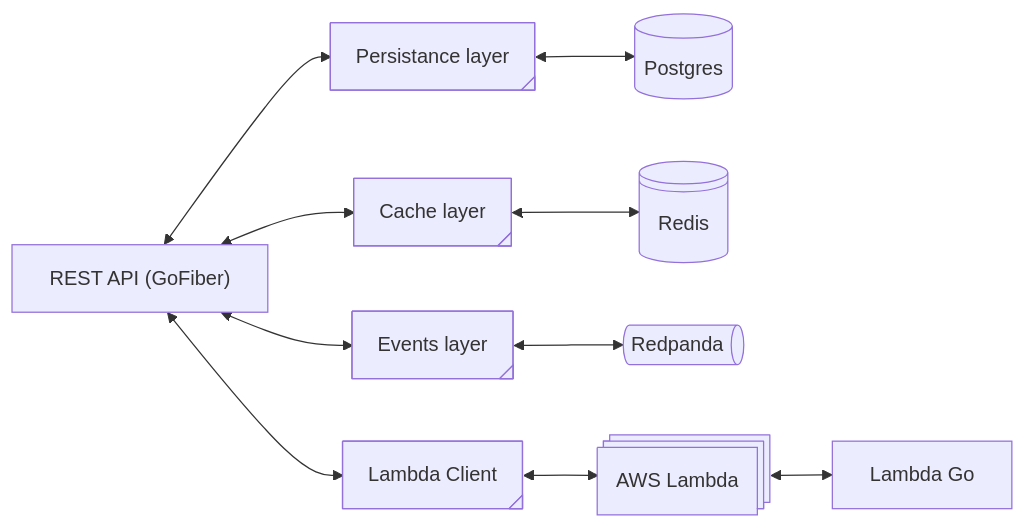
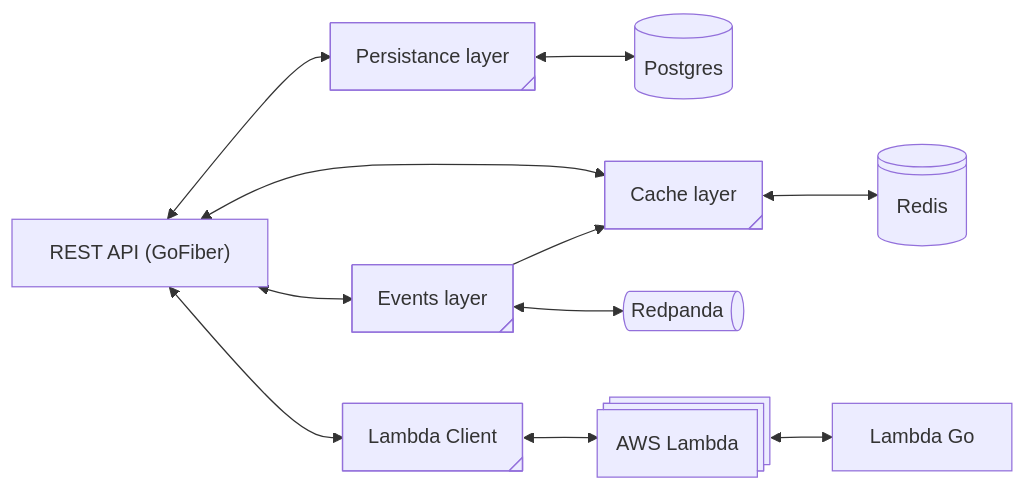
Before and after one commit to testcontainers/workshop-go: the first of 2 diagrams in step-2-exploring-the-app.md, drawn with Mermaid.

Commit message:
docs: include event callback to cache

````diff
--- a/step-2-exploring-the-app.md
+++ b/step-2-exploring-the-app.md
@@ -5,20 +5,21 @@
 ```mermaid
 flowchart LR
     n3["Persistance layer"] <--> n2["Postgres"]
     n1["REST API (GoFiber)"] <--> n3 & n4["Cache layer"] & n7["Events layer"] & n9["Lambda Client"]
     n4 <--> n5["Redis"]
     n7 <--> n6["Redpanda"]
     n9 <--> n8["AWS Lambda"]
     n8 <--> n10["Lambda Go"]
+    n7 --> n4
 
     n3@{ shape: tag-proc}
     n2@{ shape: db}
     n1@{ shape: rect}
     n4@{ shape: tag-proc}
     n7@{ shape: tag-proc}
     n9@{ shape: tag-proc}
     n5@{ shape: disk}
     n6@{ shape: das}
     n8@{ shape: procs}
     n10@{ shape: proc}
 ```
````
